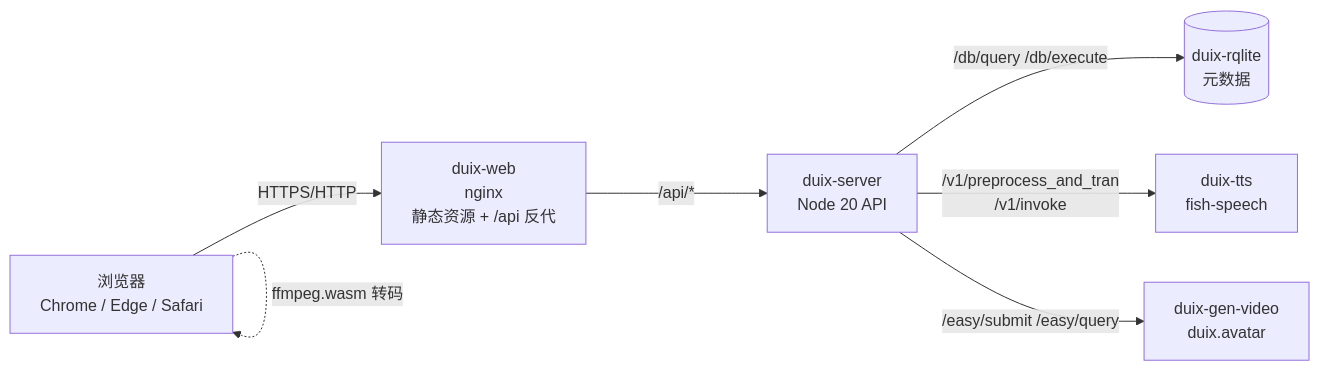
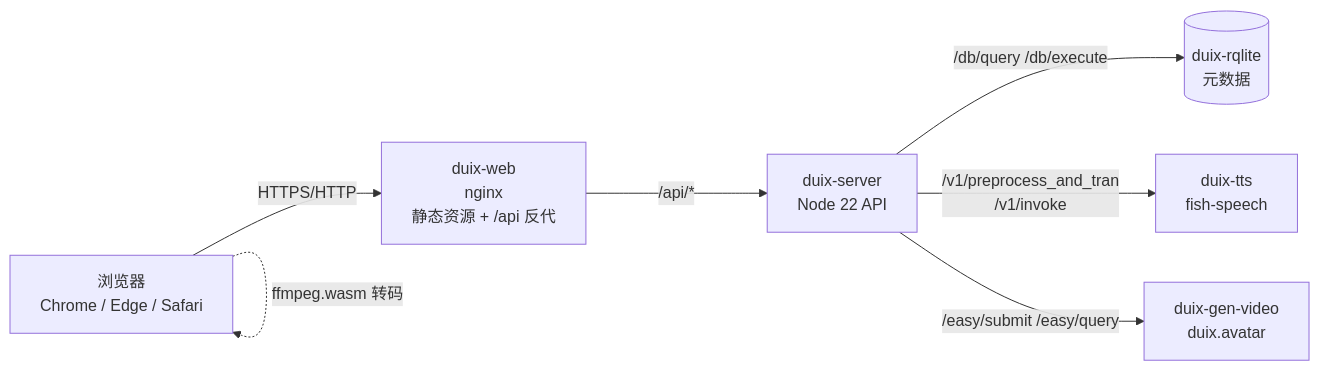
One commit to dolfly/Duix-Avatar changed the diagram in doc/web-deployment.md. Above: the diagram before and after it, drawn with Mermaid. The commit also changed 5 other files, not shown here.

First line of the commit message:
ci: run on node 22 (server tests use node:sqlite)

````diff
--- a/doc/web-deployment.md
+++ b/doc/web-deployment.md
@@ -10,9 +10,9 @@
 ```mermaid
 graph LR
   B[浏览器<br/>Chrome / Edge / Safari] -->|HTTPS/HTTP| N[duix-web<br/>nginx<br/>静态资源 + /api 反代]
-  N -->|/api/*| S[duix-server<br/>Node 20 API]
+  N -->|/api/*| S[duix-server<br/>Node 22 API]
   S -->|/db/query /db/execute| R[(duix-rqlite<br/>元数据)]
   S -->|/v1/preprocess_and_tran<br/>/v1/invoke| T[duix-tts<br/>fish-speech]
   S -->|/easy/submit /easy/query| G[duix-gen-video<br/>duix.avatar]
   B -.->|ffmpeg.wasm 转码| B
 ```
````
